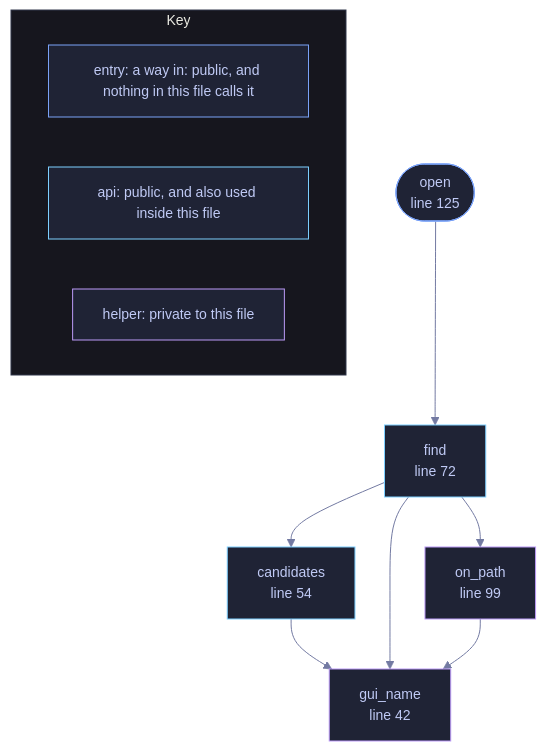
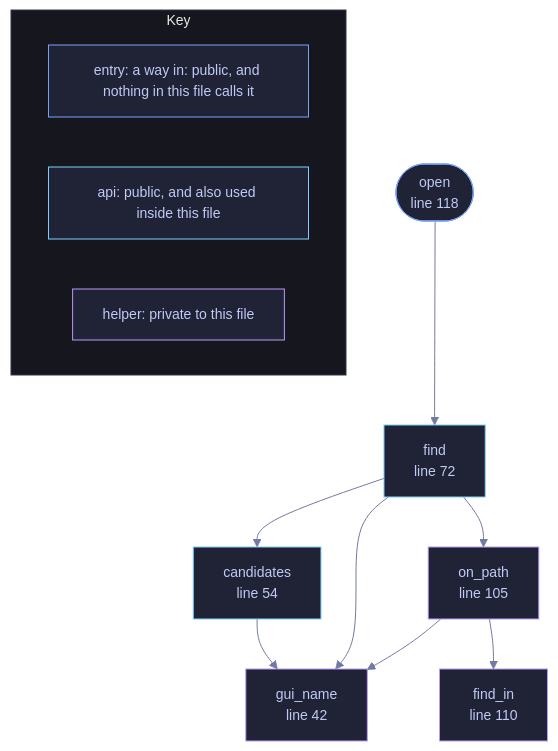
Before and after one commit to tilas01/veilvoice: the diagram in docs/files/veilvoice-cli/gui.md, drawn with Mermaid. The commit also changed other lines of this file and 514 other files, not shown here.

````diff
--- a/docs/files/veilvoice-cli/gui.md
+++ b/docs/files/veilvoice-cli/gui.md
@@ -87,35 +87,38 @@
 ```mermaid
 %%{init: {"theme":"base","themeVariables":{"background":"#1a1b26","primaryColor":"#1f2335","primaryTextColor":"#c0caf5","primaryBorderColor":"#7aa2f7","secondaryColor":"#16161e","tertiaryColor":"#16161e","lineColor":"#737aa2","textColor":"#c0caf5","mainBkg":"#1f2335","nodeBorder":"#7aa2f7","clusterBkg":"#16161e","clusterBorder":"#2f3549","fontFamily":"ui-monospace, SFMono-Regular, Consolas, monospace","fontSize":"14px"}}}%%
 flowchart TD
     n_gui_name["gui_name<br/>line 42"]
     n_candidates["candidates<br/>line 54"]
     n_find["find<br/>line 72"]
-    n_on_path["on_path<br/>line 99"]
-    n_open(["open<br/>line 125"])
+    n_on_path["on_path<br/>line 105"]
+    n_find_in["find_in<br/>line 110"]
+    n_open(["open<br/>line 118"])
     n_candidates --> n_gui_name
     n_find --> n_candidates
     n_find --> n_gui_name
     n_find --> n_on_path
+    n_on_path --> n_find_in
     n_on_path --> n_gui_name
     n_open --> n_find
     click n_gui_name href "https://github.com/tilas01/veilvoice/blob/main/crates/veilvoice-cli/src/gui.rs#L42" "open the source"
     click n_candidates href "https://github.com/tilas01/veilvoice/blob/main/crates/veilvoice-cli/src/gui.rs#L54" "open the source"
     click n_find href "https://github.com/tilas01/veilvoice/blob/main/crates/veilvoice-cli/src/gui.rs#L72" "open the source"
-    click n_on_path href "https://github.com/tilas01/veilvoice/blob/main/crates/veilvoice-cli/src/gui.rs#L99" "open the source"
-    click n_open href "https://github.com/tilas01/veilvoice/blob/main/crates/veilvoice-cli/src/gui.rs#L125" "open the source"
+    click n_on_path href "https://github.com/tilas01/veilvoice/blob/main/crates/veilvoice-cli/src/gui.rs#L105" "open the source"
+    click n_find_in href "https://github.com/tilas01/veilvoice/blob/main/crates/veilvoice-cli/src/gui.rs#L110" "open the source"
+    click n_open href "https://github.com/tilas01/veilvoice/blob/main/crates/veilvoice-cli/src/gui.rs#L118" "open the source"
     classDef entry fill:#1f2335,stroke:#7aa2f7,color:#c0caf5
     class n_open entry
     classDef api fill:#1f2335,stroke:#7dcfff,color:#c0caf5
     class n_candidates,n_find api
     classDef helper fill:#1f2335,stroke:#bb9af7,color:#c0caf5
-    class n_gui_name,n_on_path helper
+    class n_gui_name,n_on_path,n_find_in helper
     subgraph chart_key ["Key"]
         direction LR
         key_entry["entry: a way in: public, and nothing in this file calls it"]
         key_api["api: public, and also used inside this file"]
         key_helper["helper: private to this file"]
     end
     class key_entry entry
     class key_api api
     class key_helper helper
 ```
````
